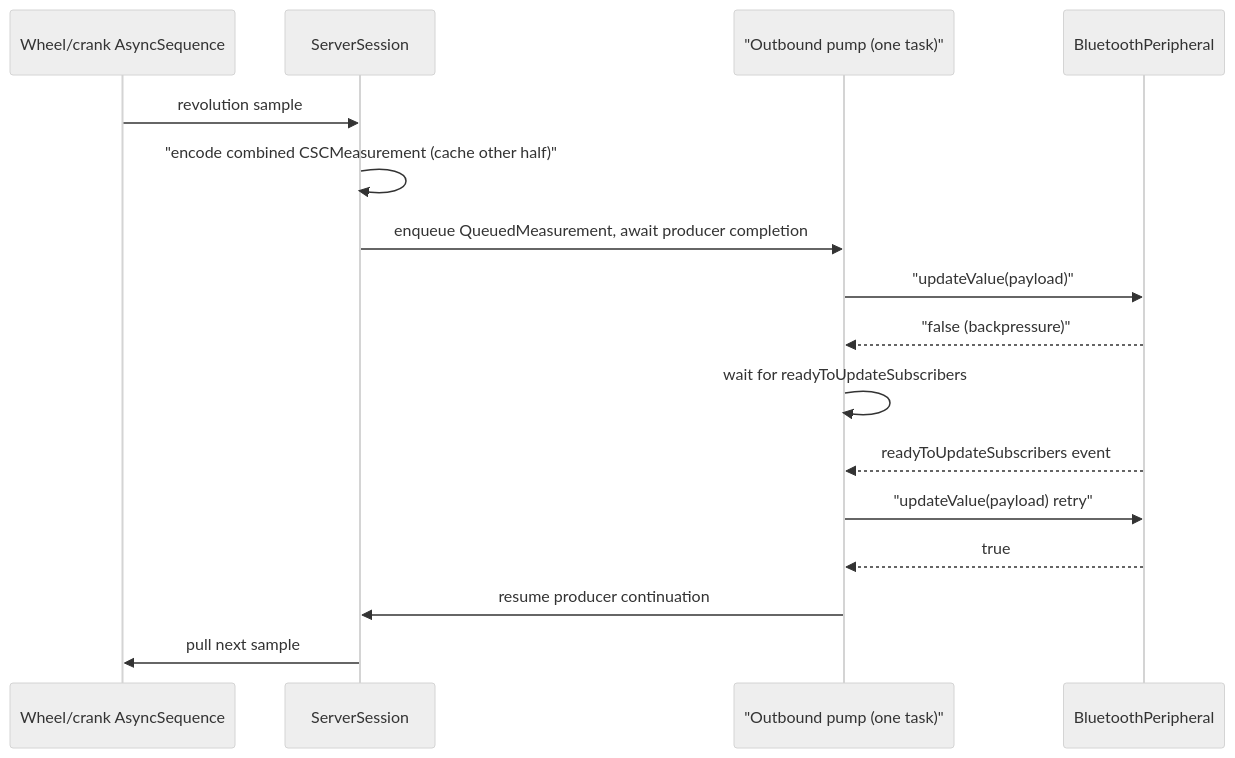
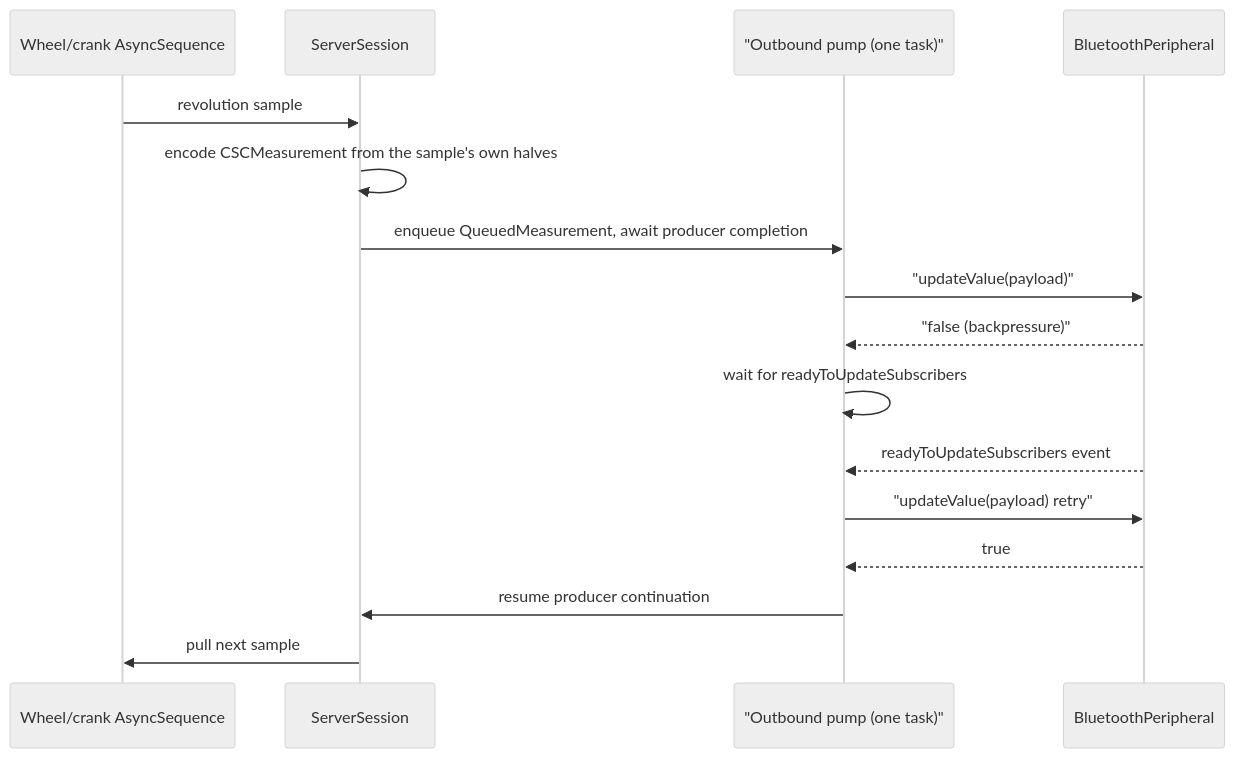
Before and after one commit to tonytallman/BluetoothBikeSensorSwift: the second of 2 diagrams in Sources/CSCServer/ARCHITECTURE.md, drawn with Mermaid (neutral theme). The commit also changed other lines of this file and 25 other files, not shown here.

````diff
--- a/Sources/CSCServer/ARCHITECTURE.md
+++ b/Sources/CSCServer/ARCHITECTURE.md
@@ -189,19 +193,19 @@
 ```mermaid
 sequenceDiagram
     participant Source as Wheel/crank AsyncSequence
     participant Session as ServerSession
     participant Pump as "Outbound pump (one task)"
     participant CB as BluetoothPeripheral
 
     Source->>Session: revolution sample
-    Session->>Session: "encode combined CSCMeasurement (cache other half)"
+    Session->>Session: encode CSCMeasurement from the sample's own halves
     Session->>Pump: enqueue QueuedMeasurement, await producer completion
     Pump->>CB: "updateValue(payload)"
     CB-->>Pump: "false (backpressure)"
     Pump->>Pump: wait for readyToUpdateSubscribers
     CB-->>Pump: readyToUpdateSubscribers event
     Pump->>CB: "updateValue(payload) retry"
     CB-->>Pump: true
     Pump->>Session: resume producer continuation
     Session->>Source: pull next sample
 ```
````
